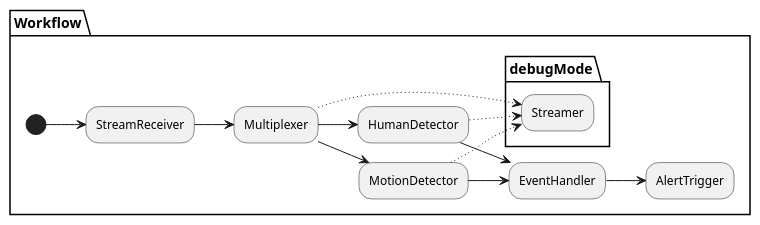
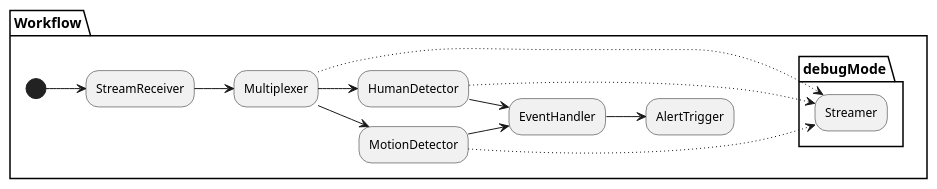
Before and after one commit to delnico/RTSP-Analyser: the diagram in doc/uml/src/workflow.plantuml, drawn with PlantUML. The commit also changed 5 other files, not shown here.

```diff
--- a/doc/uml/src/workflow.plantuml
+++ b/doc/uml/src/workflow.plantuml
@@ -1,25 +1,26 @@
 @startuml workflow
 
 left to right direction
 skinparam ParticipantPadding 20
+'skinparam linetype polyline
 
 partition "Workflow" {
     (*) --> "StreamReceiver"
     "StreamReceiver" --> "Multiplexer"
     
     "Multiplexer" --> "MotionDetector"
     "Multiplexer" --> "HumanDetector"
 
+    partition "debugMode" {
+        "Multiplexer" .....> "Streamer"
+        "MotionDetector" .....> "Streamer"
+        "HumanDetector" .....> "Streamer"
+    }
+
     "MotionDetector" --> "EventHandler"
     "HumanDetector" --> "EventHandler"
 
     "EventHandler" --> "AlertTrigger"
-
-    partition "debugMode" {
-        "Multiplexer" ..> "Streamer"
-        "MotionDetector" ..> "Streamer"
-        "HumanDetector" ..> "Streamer"
-    }
 }
 
 @enduml
```
